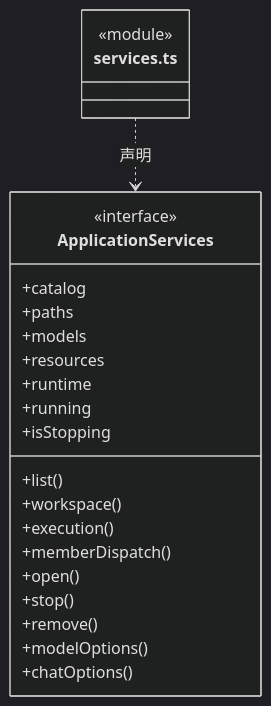
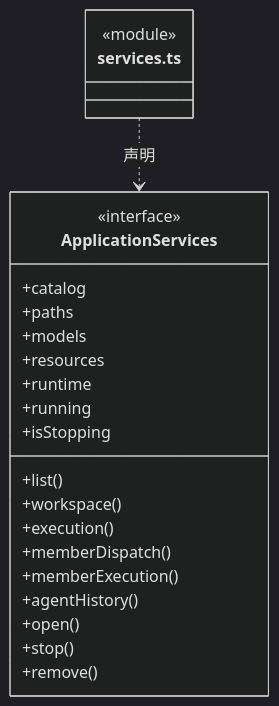
The second of 4 diagrams in src/backend/main/ipc/ARCHITECTURE.md (nan023062/cbim), drawn with Mermaid (dark theme) before and after one commit. The commit also changed other lines of this file and 240 other files, not shown here.

````diff
--- a/src/backend/main/ipc/ARCHITECTURE.md
+++ b/src/backend/main/ipc/ARCHITECTURE.md
@@ -31,26 +34,26 @@
 ```mermaid
 classDiagram
 class N_src_backend_main_ipc_services_ts["services.ts"] {
   <<module>>
 }
 class N_src_backend_main_ipc_services_ts_ApplicationServices["ApplicationServices"] {
   <<interface>>
   +catalog
   +paths
   +models
   +resources
   +runtime
   +running
   +isStopping
   +list()
   +workspace()
   +execution()
   +memberDispatch()
+  +memberExecution()
+  +agentHistory()
   +open()
   +stop()
   +remove()
-  +modelOptions()
-  +chatOptions()
 }
 N_src_backend_main_ipc_services_ts ..> N_src_backend_main_ipc_services_ts_ApplicationServices : 声明
 ```
````
